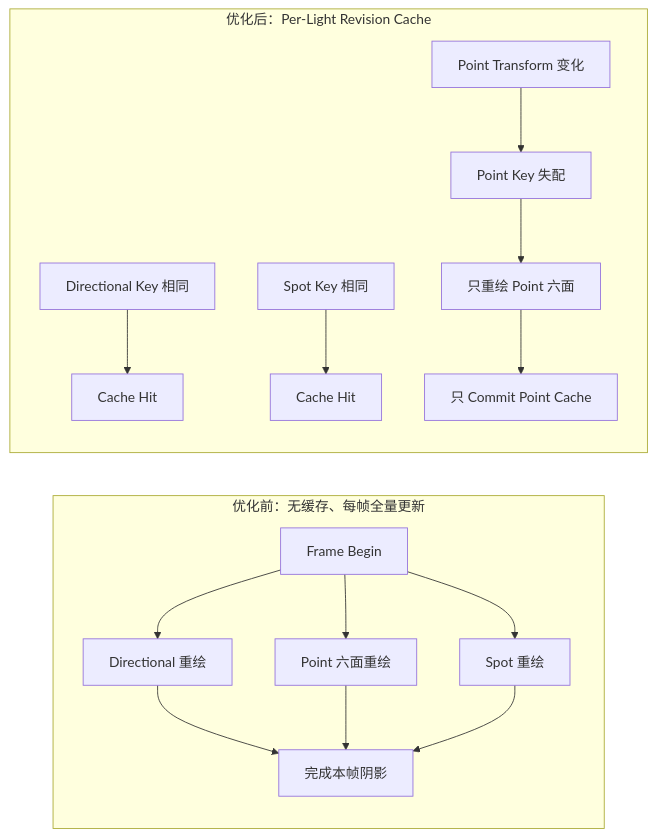
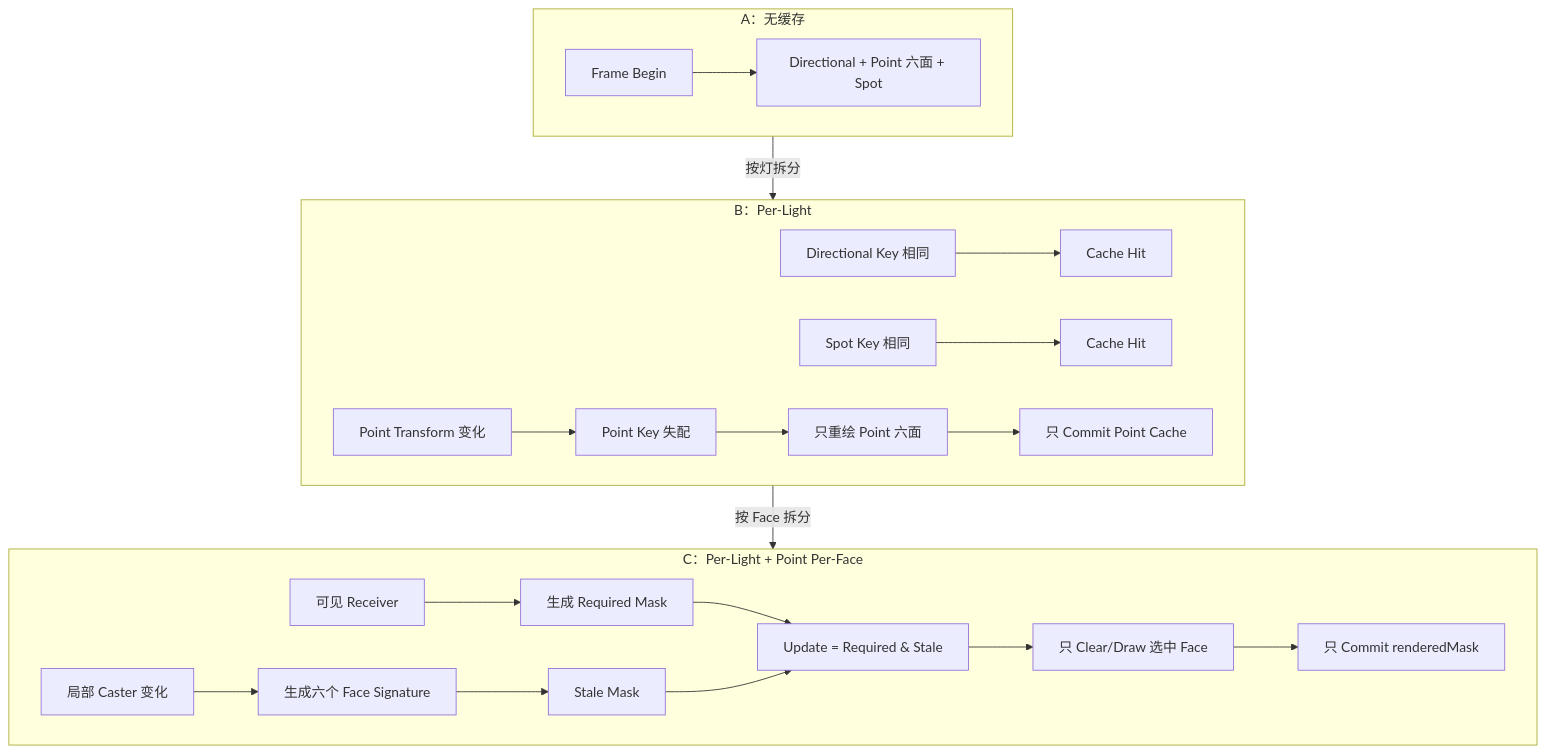
Before and after one commit to L1nkkkk/OpenGL_Learn: the first of 2 diagrams in OpenGL_Learn/PER_LIGHT_SHADOW_CACHE_TECHNICAL_PRINCIPLES_CN.md, drawn with Mermaid. The commit also changed other lines of this file and 18 other files, not shown here.

````diff
--- a/OpenGL_Learn/PER_LIGHT_SHADOW_CACHE_TECHNICAL_PRINCIPLES_CN.md
+++ b/OpenGL_Learn/PER_LIGHT_SHADOW_CACHE_TECHNICAL_PRINCIPLES_CN.md
@@ -296,19 +429,27 @@
 ```mermaid
-flowchart LR
-    subgraph A["优化前：无缓存、每帧全量更新"]
-        A0["Frame Begin"] --> A2["Directional 重绘"]
-        A0 --> A3["Point 六面重绘"]
-        A0 --> A4["Spot 重绘"]
-        A2 --> A5["完成本帧阴影"]
-        A3 --> A5
-        A4 --> A5
+flowchart TB
+    subgraph A["A：无缓存"]
+        A0["Frame Begin"] --> A1["Directional + Point 六面 + Spot"]
     end
 
-    subgraph B["优化后：Per-Light Revision Cache"]
+    subgraph B["B：Per-Light"]
         B0["Point Transform 变化"] --> B1["Point Key 失配"]
         B2["Directional Key 相同"] --> B3["Cache Hit"]
         B4["Spot Key 相同"] --> B5["Cache Hit"]
         B1 --> B6["只重绘 Point 六面"]
         B6 --> B7["只 Commit Point Cache"]
     end
+
+    subgraph C["C：Per-Light + Point Per-Face"]
+        C0["局部 Caster 变化"] --> C1["生成六个 Face Signature"]
+        C2["可见 Receiver"] --> C3["生成 Required Mask"]
+        C1 --> C4["Stale Mask"]
+        C3 --> C5["Update = Required & Stale"]
+        C4 --> C5
+        C5 --> C6["只 Clear/Draw 选中 Face"]
+        C6 --> C7["只 Commit renderedMask"]
+    end
+
+    A -->|"按灯拆分"| B
+    B -->|"按 Face 拆分"| C
 ```
````
